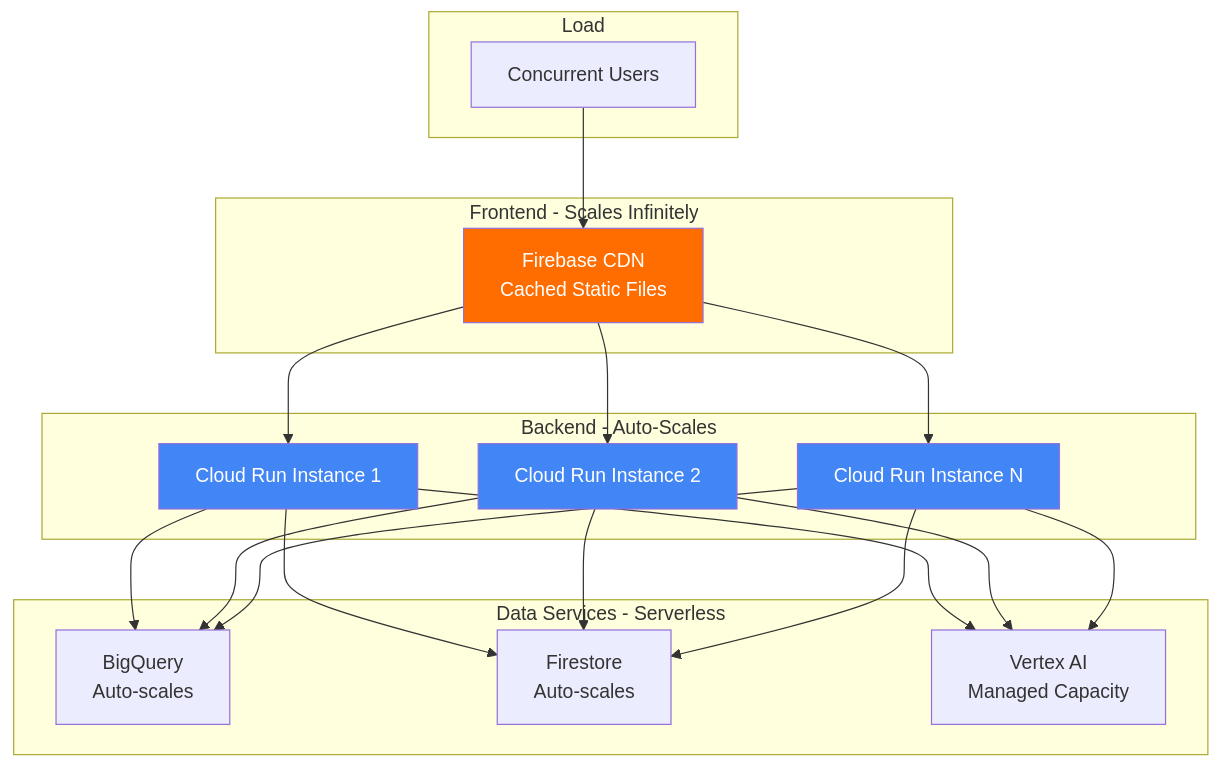
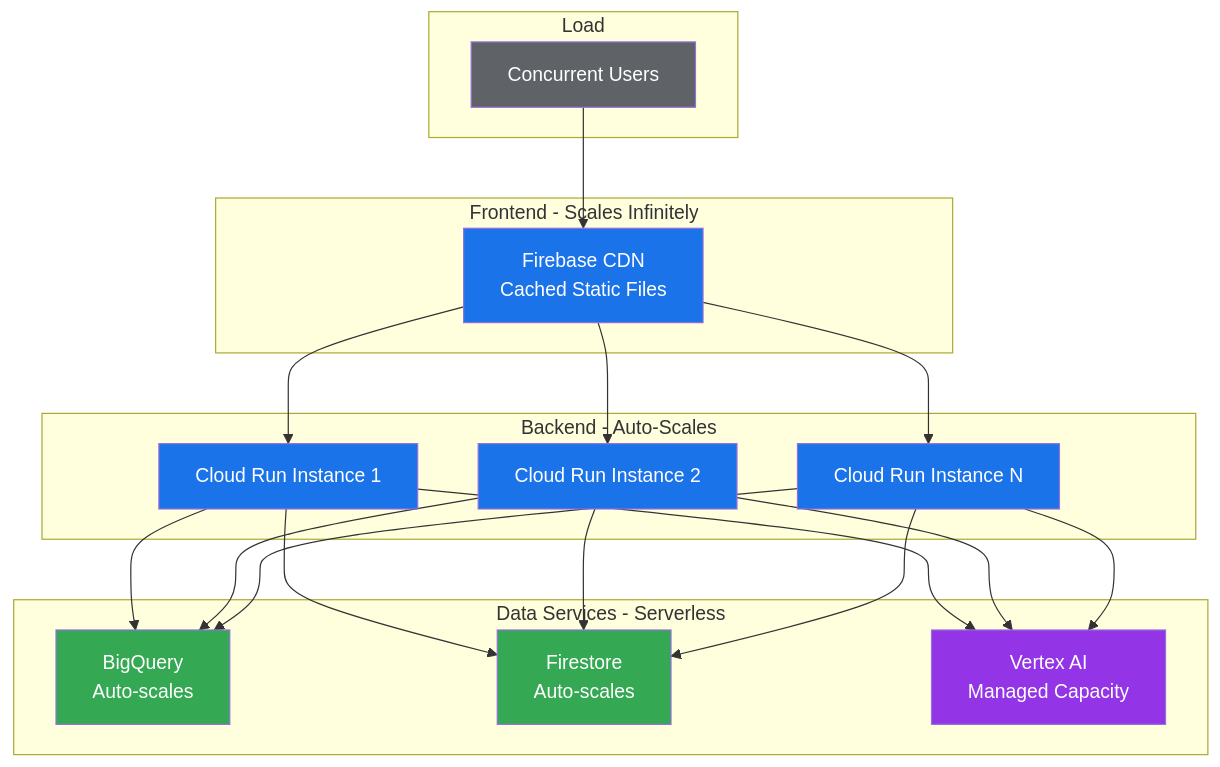
Diagram 16 of 23 in ARCHITECTURE.md (gadekar-pravin/InsightAgent), drawn with Mermaid before and after one commit. The commit also changed other lines of this file, not shown here.

First line of the commit message:
Implement consistent color theme for all Mermaid diagrams

````diff
--- a/ARCHITECTURE.md
+++ b/ARCHITECTURE.md
@@ -628,31 +714,35 @@
 ```mermaid
 flowchart TB
     subgraph "Load"
         USERS[Concurrent Users]
     end
 
     subgraph "Frontend - Scales Infinitely"
         CDN[Firebase CDN<br/>Cached Static Files]
     end
 
     subgraph "Backend - Auto-Scales"
         CR1[Cloud Run Instance 1]
         CR2[Cloud Run Instance 2]
         CRN[Cloud Run Instance N]
     end
 
     subgraph "Data Services - Serverless"
         BQ[BigQuery<br/>Auto-scales]
         FS[Firestore<br/>Auto-scales]
         VA[Vertex AI<br/>Managed Capacity]
     end
 
     USERS --> CDN
     CDN --> CR1 & CR2 & CRN
     CR1 & CR2 & CRN --> BQ & FS & VA
 
-    style CDN fill:#FF6D01,color:#fff
-    style CR1 fill:#4285F4,color:#fff
-    style CR2 fill:#4285F4,color:#fff
-    style CRN fill:#4285F4,color:#fff
+    style USERS fill:#5F6368,color:#fff
+    style CDN fill:#1A73E8,color:#fff
+    style CR1 fill:#1A73E8,color:#fff
+    style CR2 fill:#1A73E8,color:#fff
+    style CRN fill:#1A73E8,color:#fff
+    style BQ fill:#34A853,color:#fff
+    style FS fill:#34A853,color:#fff
+    style VA fill:#9334E6,color:#fff
 ```
````
